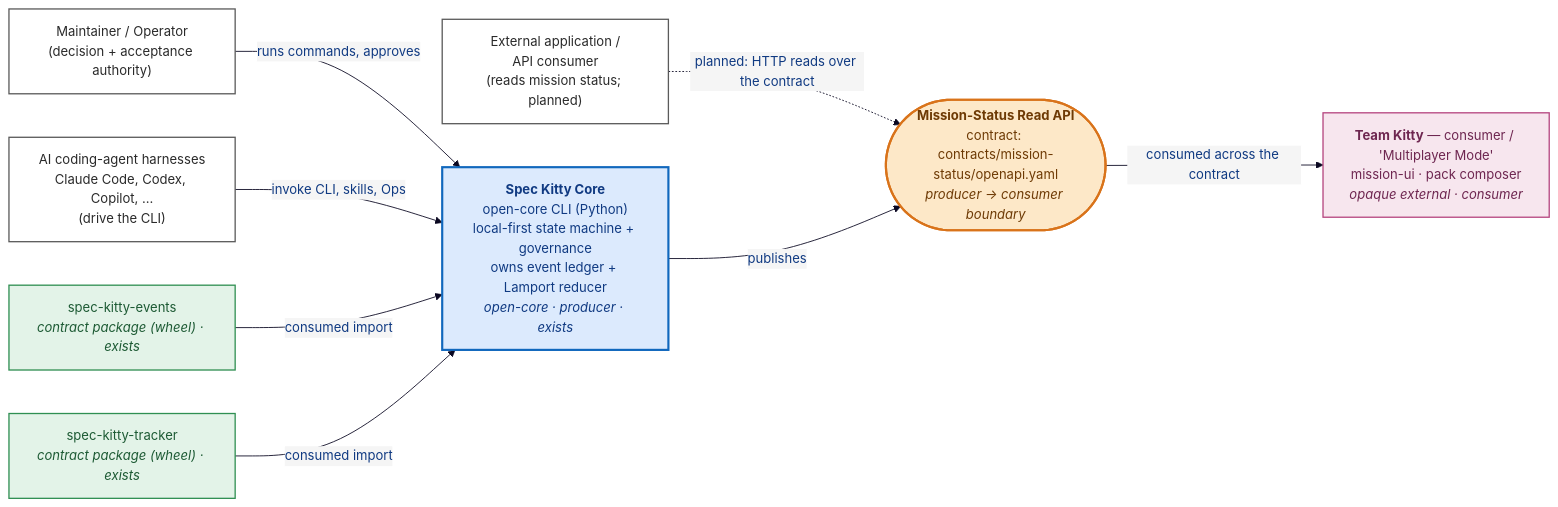
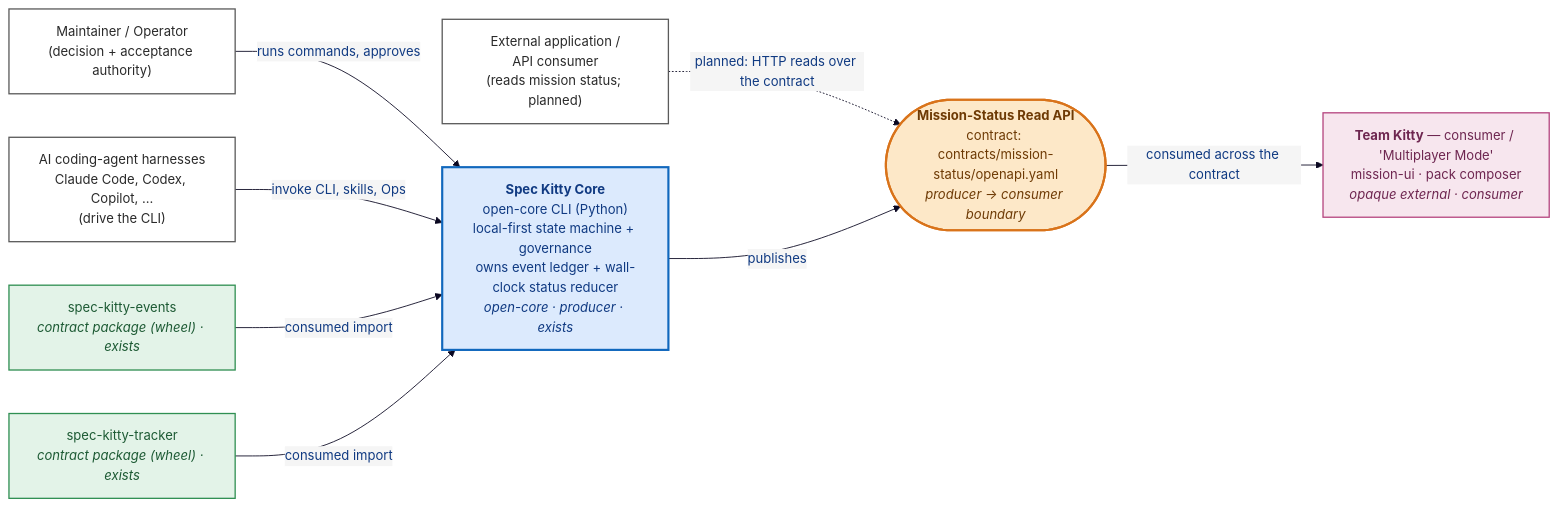
The third of 4 diagrams in docs/architecture/diagrams/01_context/README.md (spec-kitty/spec-kitty), drawn with Mermaid before and after one commit. The commit also changed other lines of this file and 5 other files, not shown here.

First line of the commit message:
docs: state the wall-clock status ordering on the living surfaces (#6604)

````diff
--- a/docs/architecture/diagrams/01_context/README.md
+++ b/docs/architecture/diagrams/01_context/README.md
@@ -124,36 +127,36 @@
 ```mermaid
 %%{init: {'theme':'base','themeVariables': {
   'fontFamily': 'Trebuchet MS, Verdana, Arial, sans-serif',
   'fontSize': '15px',
   'primaryColor': '#f5f5f5',
   'primaryTextColor': '#103a82',
   'primaryBorderColor': '#1c75cc',
   'lineColor': '#0a0721'
 }}}%%
 flowchart LR
     operator["Maintainer / Operator<br/>(decision + acceptance authority)"]
     harness["AI coding-agent harnesses<br/>Claude Code, Codex, Copilot, …<br/>(drive the CLI)"]
     apiConsumer["External application /<br/>API consumer<br/>(reads mission status; planned)"]
     events["spec-kitty-events<br/><i>contract package (wheel) · exists</i>"]
     tracker["spec-kitty-tracker<br/><i>contract package (wheel) · exists</i>"]
-    core["<b>Spec Kitty Core</b><br/>open-core CLI (Python)<br/>local-first state machine + governance<br/>owns event ledger + Lamport reducer<br/><i>open-core · producer · exists</i>"]
+    core["<b>Spec Kitty Core</b><br/>open-core CLI (Python)<br/>local-first state machine + governance<br/>owns event ledger + wall-clock status reducer<br/><i>open-core · producer · exists</i>"]
     seam(["<b>Mission-Status Read API</b><br/>contract: contracts/mission-status/openapi.yaml<br/><i>producer → consumer boundary</i>"])
     teamkitty["<b>Team Kitty</b> — consumer / 'Multiplayer Mode'<br/>mission-ui · pack composer<br/><i>opaque external · consumer</i>"]
     operator -->|runs commands, approves| core
     harness -->|invoke CLI, skills, Ops| core
     apiConsumer -.->|planned: HTTP reads over the contract| seam
     events -->|consumed import| core
     tracker -->|consumed import| core
     core -->|publishes| seam
     seam -->|consumed across the contract| teamkitty
     classDef coreProducer fill:#dceafd,stroke:#1168bd,color:#103a82,stroke-width:2.5px;
     classDef pkg fill:#e3f3e8,stroke:#2f8f52,color:#1d5a34,stroke-width:1.5px;
     classDef seam fill:#fde8c8,stroke:#d9731a,color:#6e3a05,stroke-width:2.5px;
     classDef consumer fill:#f7e6ee,stroke:#b5457f,color:#6e2650,stroke-width:1.5px;
     classDef actor fill:#ffffff,stroke:#5a5a5a,color:#2a2a2a,stroke-width:1.5px;
     class core coreProducer;
     class events,tracker pkg;
     class seam seam;
     class teamkitty consumer;
     class operator,harness,apiConsumer actor;
 ```
````
